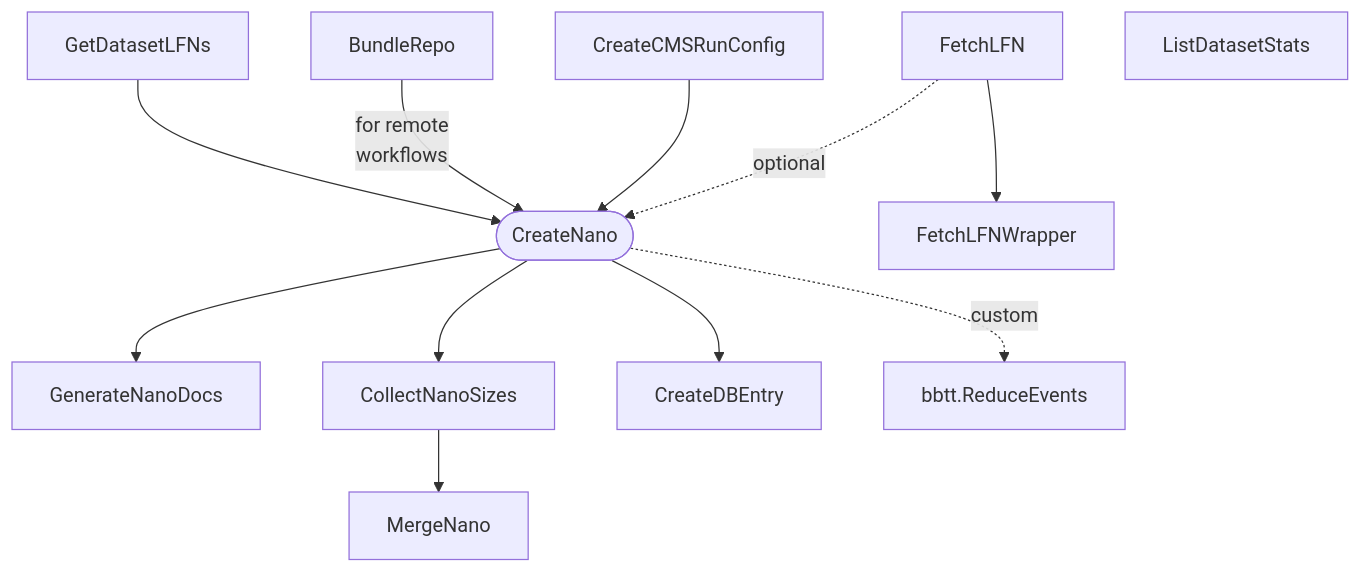
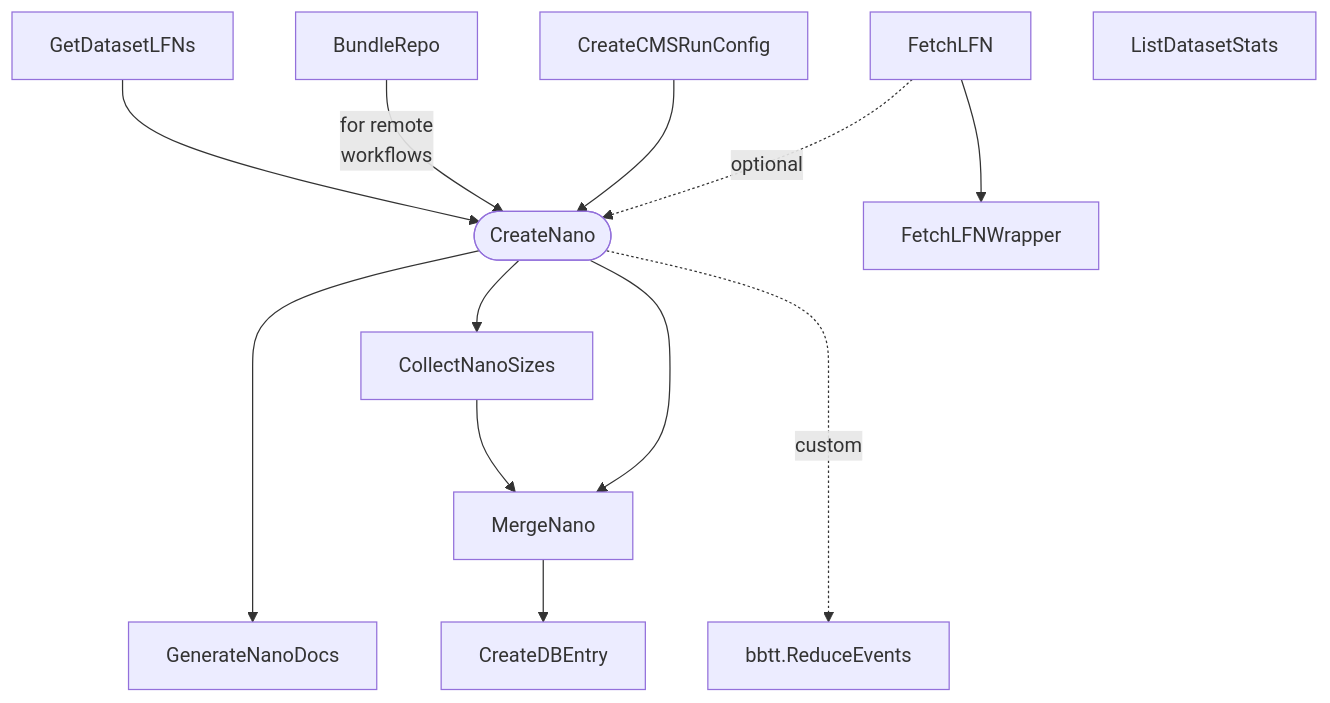
Before and after one commit to uhh-cms/nanogen: the diagram in README.md, drawn with Mermaid.

````diff
--- a/README.md
+++ b/README.md
@@ -15,15 +15,16 @@
 ```mermaid
 flowchart TD
     CN([CreateNano])
     GetDatasetLFNs --> CN
     BundleRepo -- for remote<br />workflows --> CN
     CreateCMSRunConfig --> CN
     FetchLFN -. optional .-> CN
     FetchLFN --> FetchLFNWrapper
-    CN --> GenerateNanoDocs
+    CN ----> GenerateNanoDocs
     CN --> CollectNanoSizes
     CollectNanoSizes --> MergeNano
-    CN --> CreateDBEntry
-    CN -. custom .-> bbtt.ReduceEvents
+    CN --> MergeNano
+    MergeNano --> CreateDBEntry
+    CN -. custom ...-> bbtt.ReduceEvents
     ListDatasetStats
 ```
````
